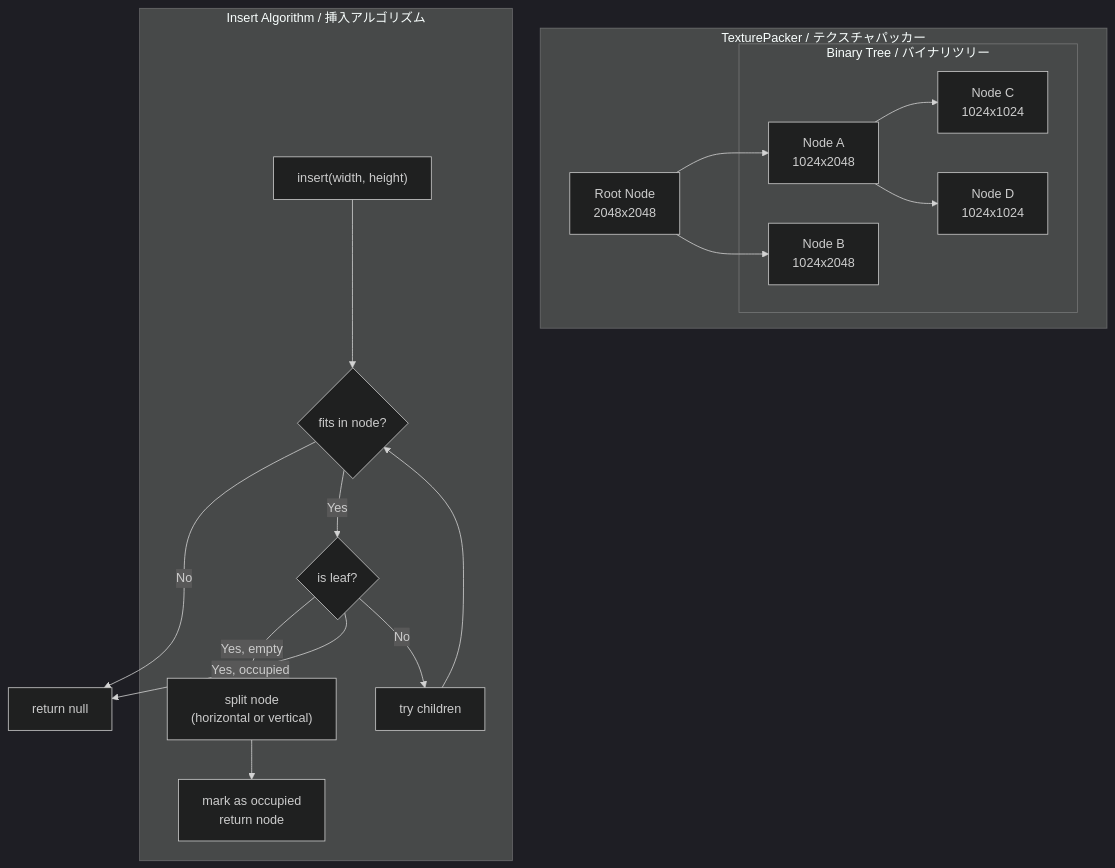
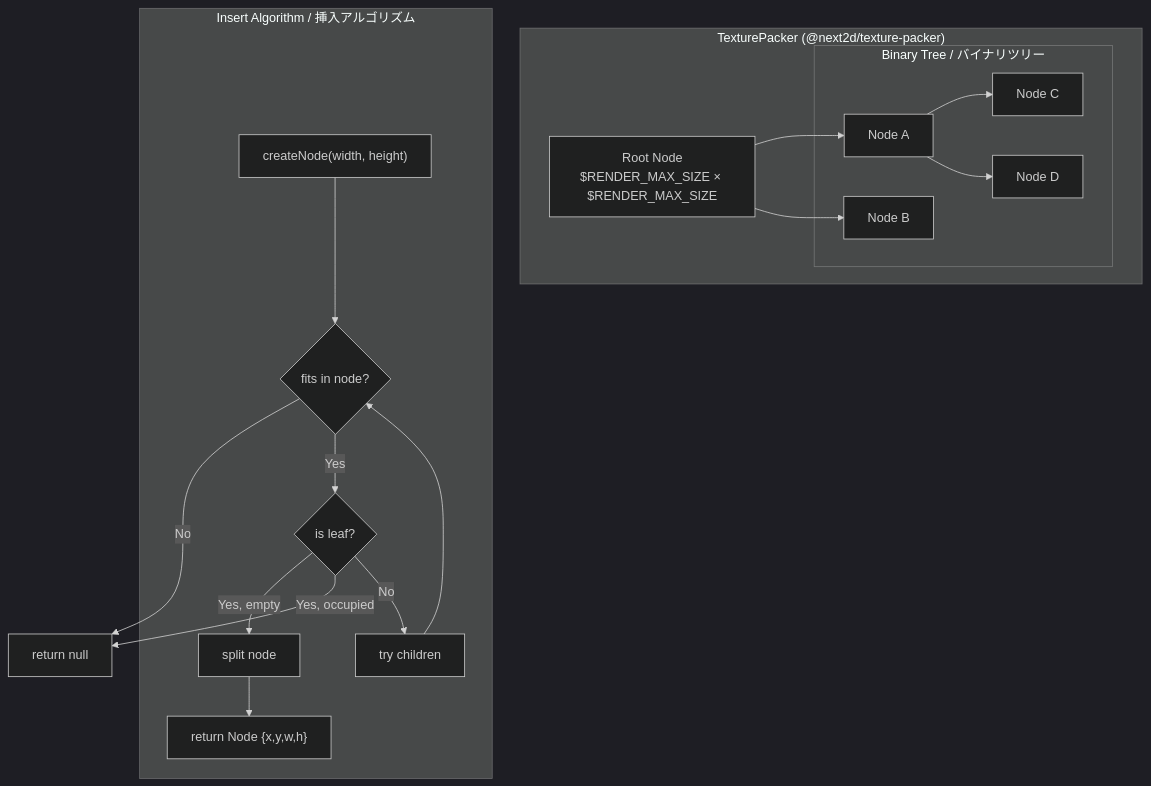
Diagram 32 of 37 in packages/webgl/RENDERING_FLOW.md (Next2D/player), drawn with Mermaid (dark theme) before and after one commit. The commit also changed other lines of this file, not shown here.

Commit message:
#242 update @next2d/webgl RENDERING_FLOW.md

````diff
--- a/packages/webgl/RENDERING_FLOW.md
+++ b/packages/webgl/RENDERING_FLOW.md
@@ -1297,36 +1524,36 @@
 ```mermaid
 flowchart TB
-    subgraph "TexturePacker / テクスチャパッカー"
-        ROOT["Root Node<br/>2048x2048"]
+    subgraph "TexturePacker (@next2d/texture-packer)"
+        ROOT["Root Node<br/>$RENDER_MAX_SIZE × $RENDER_MAX_SIZE"]
 
         subgraph "Binary Tree / バイナリツリー"
-            N1["Node A<br/>1024x2048"]
-            N2["Node B<br/>1024x2048"]
-            N3["Node C<br/>1024x1024"]
-            N4["Node D<br/>1024x1024"]
+            N1["Node A"]
+            N2["Node B"]
+            N3["Node C"]
+            N4["Node D"]
         end
     end
 
     subgraph "Insert Algorithm / 挿入アルゴリズム"
-        INSERT["insert(width, height)"]
+        INSERT["createNode(width, height)"]
         CHECK_FIT{fits in node?}
         CHECK_LEAF{is leaf?}
-        SPLIT["split node<br/>(horizontal or vertical)"]
-        OCCUPY["mark as occupied<br/>return node"]
+        SPLIT["split node"]
+        OCCUPY["return Node {x,y,w,h}"]
         TRY_CHILDREN["try children"]
     end
 
     ROOT --> N1
     ROOT --> N2
     N1 --> N3
     N1 --> N4
 
     INSERT --> CHECK_FIT
     CHECK_FIT -->|No| FAIL[return null]
     CHECK_FIT -->|Yes| CHECK_LEAF
     CHECK_LEAF -->|Yes, empty| SPLIT
     CHECK_LEAF -->|Yes, occupied| FAIL
     CHECK_LEAF -->|No| TRY_CHILDREN
     SPLIT --> OCCUPY
     TRY_CHILDREN --> CHECK_FIT
 ```
````
